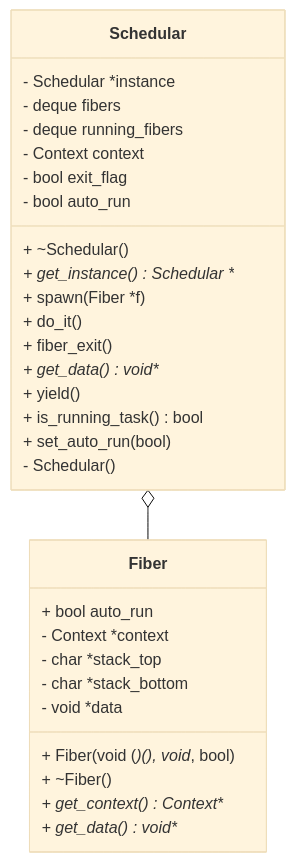
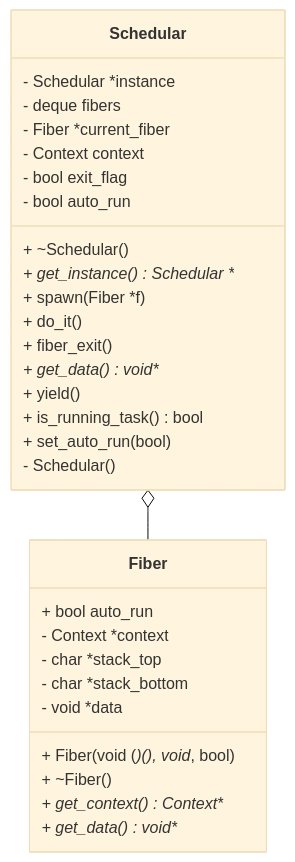
One commit to Cyb3rMutant/Cooperative-Scheduler changed the second of 3 diagrams in README.md. Above: the diagram before and after it, drawn with Mermaid (base theme). The commit also changed other lines of this file and 13 other files, not shown here.

````diff
--- a/README.md
+++ b/README.md
@@ -401,37 +395,37 @@
 ```mermaid
 classDiagram
     class Schedular {
         + ~Schedular()
         + get_instance() Schedular **
         + spawn(Fiber *f)
         + do_it()
         + fiber_exit()
         + get_data() void**
         + yield()
         + is_running_task() bool
         + set_auto_run(bool)
         - Schedular()
 
         - Schedular *instance
         - deque<Fiber*> fibers
-        - deque<Fiber*> running_fibers
+        - Fiber *current_fiber
         - Context context
         - bool exit_flag
         - bool auto_run
     }
 
     class Fiber {
         + Fiber(void (*)(), void*, bool)
         + ~Fiber()
         + get_context() Context**
         + get_data() void**
 
         + bool auto_run
         - Context *context
         - char *stack_top
         - char *stack_bottom
         - void *data
     }
 
     Schedular o--Fiber
 ```
````
